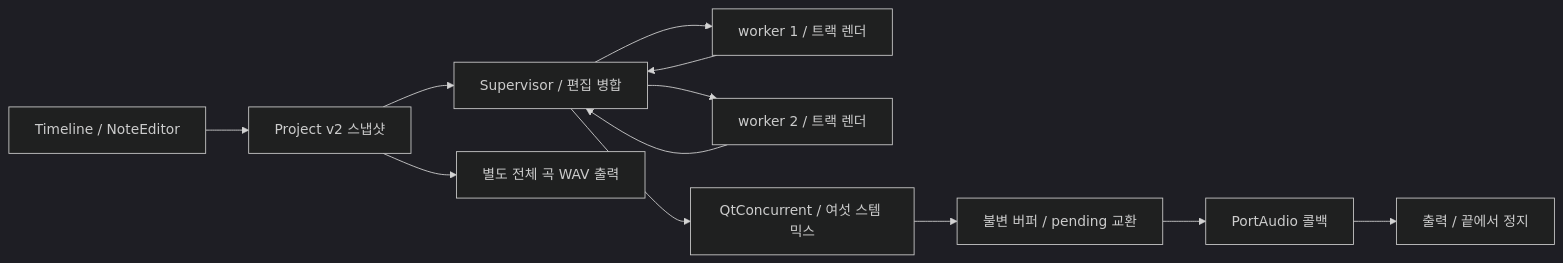
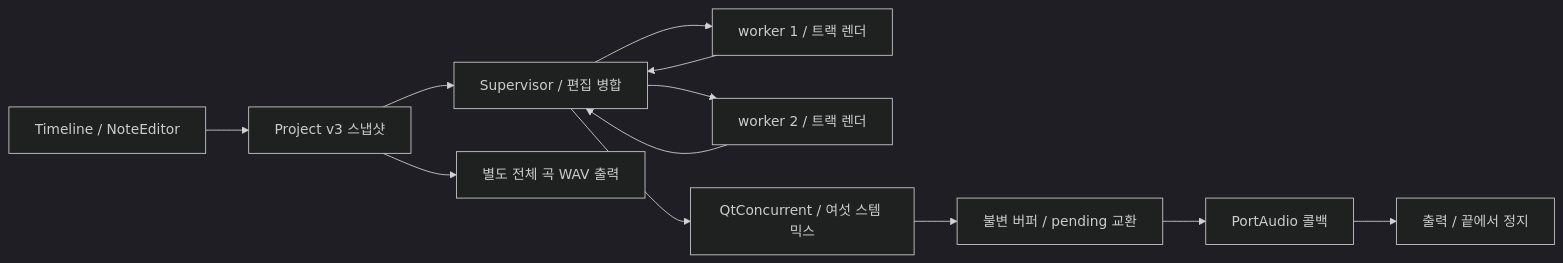
One commit to studyreadbook4ever/Ferro changed the diagram in docs/ARCHITECTURE.md. Above: the diagram before and after it, drawn with Mermaid (dark theme). The commit also changed other lines of this file and 13 other files, not shown here.

````diff
--- a/docs/ARCHITECTURE.md
+++ b/docs/ARCHITECTURE.md
@@ -5,14 +5,14 @@
 ```mermaid
 flowchart LR
-    UI["Timeline / NoteEditor"] --> P["Project v2 스냅샷"]
+    UI["Timeline / NoteEditor"] --> P["Project v3 스냅샷"]
     P --> S["Supervisor / 편집 병합"]
     S --> W1["worker 1 / 트랙 렌더"]
     S --> W2["worker 2 / 트랙 렌더"]
     W1 --> S
     W2 --> S
     S --> M["QtConcurrent / 여섯 스템 믹스"]
     M --> B["불변 버퍼 / pending 교환"]
     B --> A["PortAudio 콜백"]
     A --> O["출력 / 끝에서 정지"]
     P --> E["별도 전체 곡 WAV 출력"]
 ```
````
